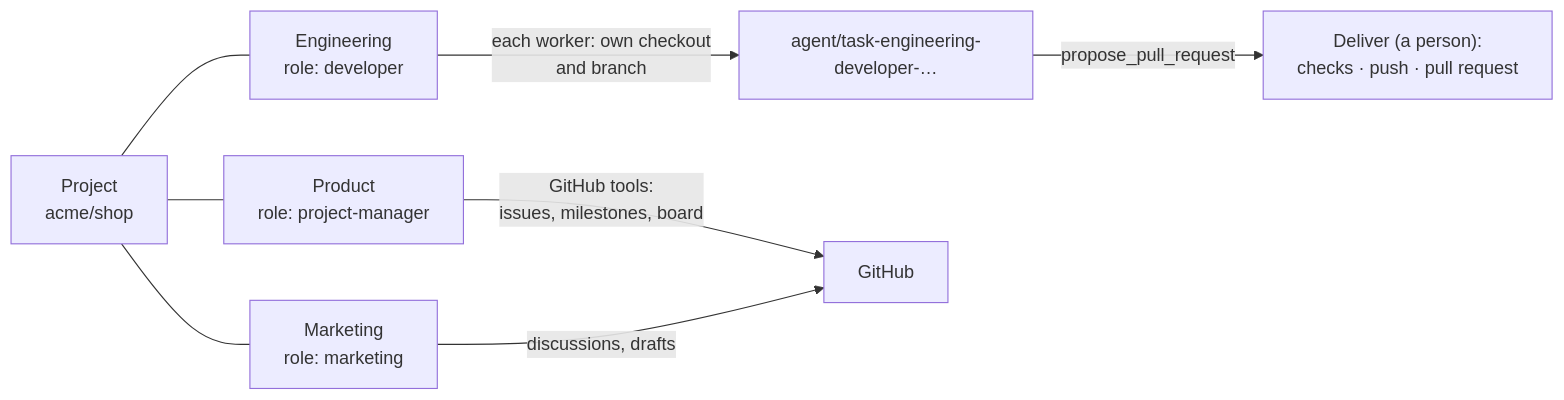
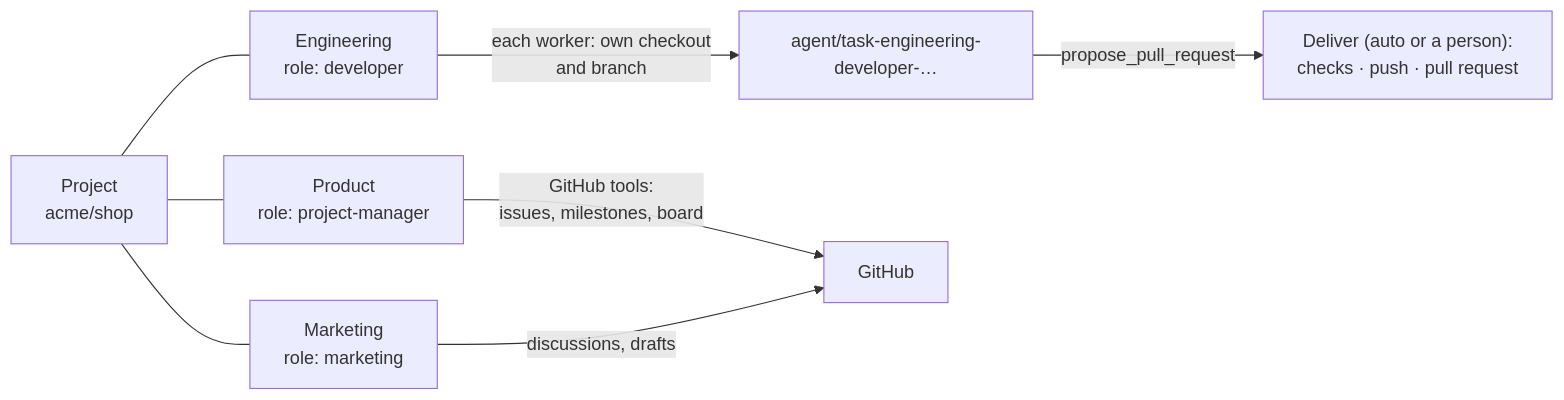
The seventh of 12 diagrams in docs/MULTI_AGENT.md (Jaelse/agentcore), drawn with Mermaid before and after one commit. The commit also changed other lines of this file and 34 other files, not shown here.

First line of the commit message:
Watch delivered pull requests' checks and preview; send failures to the agent (0.1.0-beta.28)

````diff
--- a/docs/MULTI_AGENT.md
+++ b/docs/MULTI_AGENT.md
@@ -488,10 +488,10 @@
 ```mermaid
 flowchart LR
     P["Project<br/>acme/shop"] --- E["Engineering<br/>role: developer"]
     P --- PR["Product<br/>role: project-manager"]
     P --- MK["Marketing<br/>role: marketing"]
     E -- "each worker: own checkout<br/>and branch" --> W["agent/task-engineering-developer-…"]
-    W -- "propose_pull_request" --> D["Deliver (a person):<br/>checks · push · pull request"]
+    W -- "propose_pull_request" --> D["Deliver (auto or a person):<br/>checks · push · pull request"]
     PR -- "GitHub tools:<br/>issues, milestones, board" --> GH["GitHub"]
     MK -- "discussions, drafts" --> GH
 ```
````
